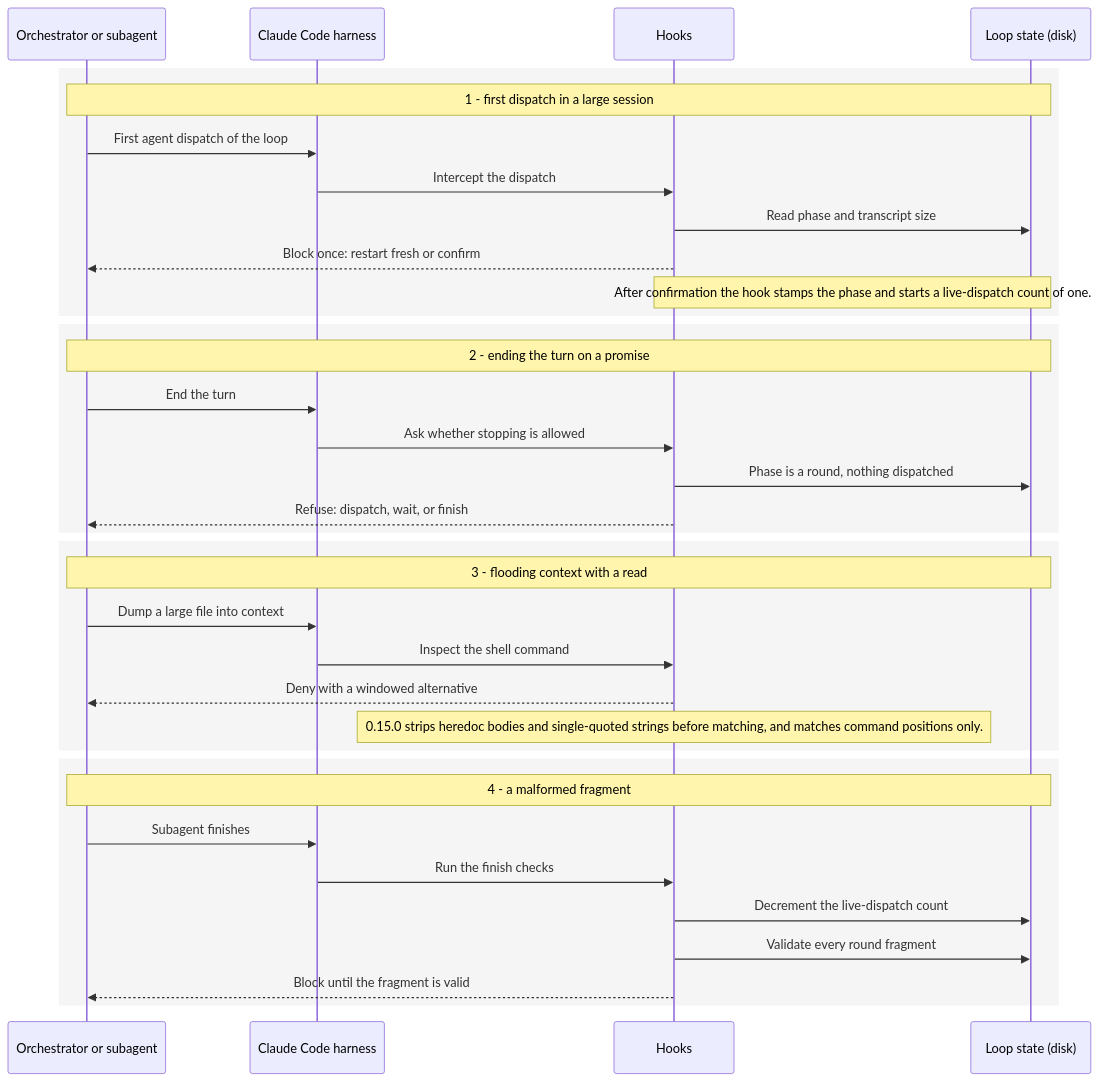
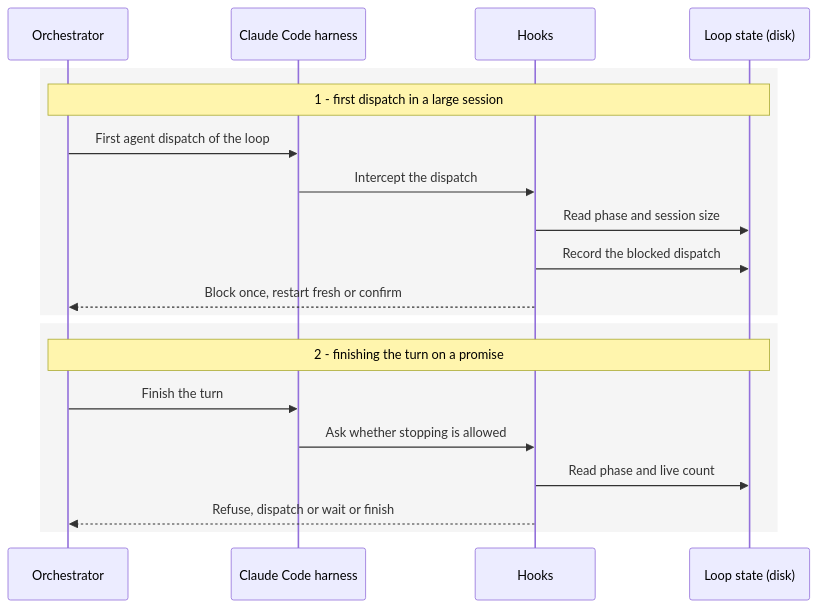
One commit to peterlit/quiller-claude-plugins changed diagram 22 of 33 in docs/architecture/qa-loop-tools.md. Above: the diagram before and after it, drawn with Mermaid. The commit also changed other lines of this file and 5 other files, not shown here.

````diff
--- a/docs/architecture/qa-loop-tools.md
+++ b/docs/architecture/qa-loop-tools.md
@@ -693,37 +965,22 @@
 ```mermaid
 sequenceDiagram
-    participant A as Orchestrator or subagent
+    participant A as Orchestrator
     participant CC as Claude Code harness
     participant HK as Hooks
     participant L as Loop state (disk)
     rect rgb(245,245,245)
         Note over A,L: 1 - first dispatch in a large session
         A->>CC: First agent dispatch of the loop
         CC->>HK: Intercept the dispatch
-        HK->>L: Read phase and transcript size
-        HK-->>A: Block once: restart fresh or confirm
-        Note over HK,L: After confirmation the hook stamps the phase and starts a live-dispatch count of one.
+        HK->>L: Read phase and session size
+        HK->>L: Record the blocked dispatch
+        HK-->>A: Block once, restart fresh or confirm
     end
     rect rgb(245,245,245)
-        Note over A,L: 2 - ending the turn on a promise
-        A->>CC: End the turn
+        Note over A,L: 2 - finishing the turn on a promise
+        A->>CC: Finish the turn
         CC->>HK: Ask whether stopping is allowed
-        HK->>L: Phase is a round, nothing dispatched
-        HK-->>A: Refuse: dispatch, wait, or finish
-    end
-    rect rgb(245,245,245)
-        Note over A,L: 3 - flooding context with a read
-        A->>CC: Dump a large file into context
-        CC->>HK: Inspect the shell command
-        HK-->>A: Deny with a windowed alternative
-        Note over HK: 0.15.0 strips heredoc bodies and single-quoted strings before matching, and matches command positions only.
-    end
-    rect rgb(245,245,245)
-        Note over A,L: 4 - a malformed fragment
-        A->>CC: Subagent finishes
-        CC->>HK: Run the finish checks
-        HK->>L: Decrement the live-dispatch count
-        HK->>L: Validate every round fragment
-        HK-->>A: Block until the fragment is valid
+        HK->>L: Read phase and live count
+        HK-->>A: Refuse, dispatch or wait or finish
     end
 ```
````
